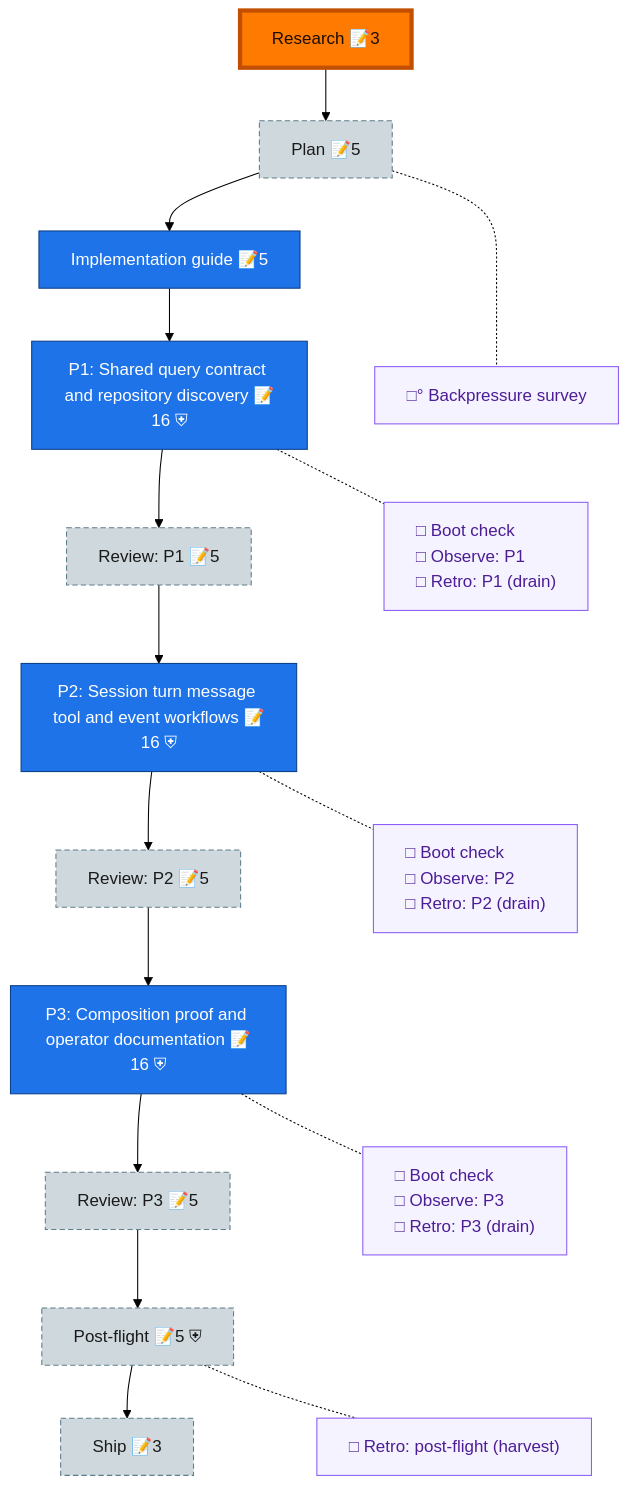
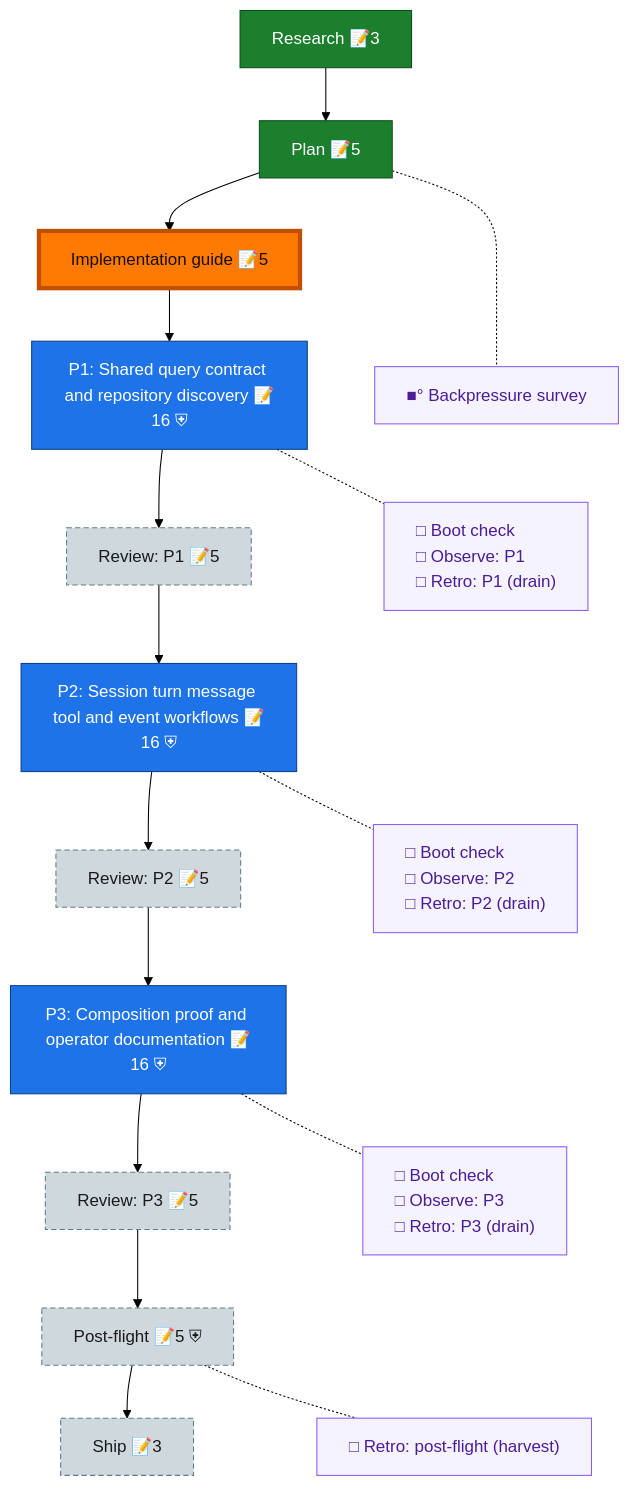
Before and after one commit to AI-Substrate/Unisphere: the diagram in docs/plans/015-session-query-cli/the-flow.md, drawn with Mermaid (forest theme). The commit also changed other lines of this file and 12 other files, not shown here.

````diff
--- a/docs/plans/015-session-query-cli/the-flow.md
+++ b/docs/plans/015-session-query-cli/the-flow.md
@@ -8,39 +8,39 @@
 ```mermaid
 flowchart TD
-    research["Research 📝3"]:::wip
-    plan["Plan 📝5"]:::assumed
+    research["Research 📝3"]:::done
+    plan["Plan 📝5"]:::done
     impl_guide["Implementation guide 📝5"]:::known
     phase_1["P1: Shared query contract and repository discovery 📝16 ⛨"]:::known
     review_1["Review: P1 📝5"]:::assumed
     phase_2["P2: Session turn message tool and event workflows 📝16 ⛨"]:::known
     review_2["Review: P2 📝5"]:::assumed
     phase_3["P3: Composition proof and operator documentation 📝16 ⛨"]:::known
     review_3["Review: P3 📝5"]:::assumed
     post_flight["Post-flight 📝5 ⛨"]:::assumed
     ship["Ship 📝3"]:::assumed
 
     research --> plan --> impl_guide --> phase_1 --> review_1 --> phase_2 --> review_2 --> phase_3 --> review_3 --> post_flight --> ship
 
-    planC["□° Backpressure survey"]:::chore
+    planC["■° Backpressure survey"]:::chore
     phase_1C["□ Boot check<br/>□ Observe: P1<br/>□ Retro: P1 (drain)"]:::chore
     phase_2C["□ Boot check<br/>□ Observe: P2<br/>□ Retro: P2 (drain)"]:::chore
     phase_3C["□ Boot check<br/>□ Observe: P3<br/>□ Retro: P3 (drain)"]:::chore
     post_flightC["□ Retro: post-flight (harvest)"]:::chore
 
     %% invisible chain holds the gutter boxes in their own column
     planC ~~~ phase_1C ~~~ phase_2C ~~~ phase_3C ~~~ post_flightC
 
     %% dotted links pull each gutter box beside its node
     plan -.- planC
     phase_1 -.- phase_1C
     phase_2 -.- phase_2C
     phase_3 -.- phase_3C
     post_flight -.- post_flightC
 
-    classDef wip fill:#43C04A,stroke:#1B7F2E,color:#04210A;
+    classDef done fill:#1B7F2E,stroke:#0F4F1B,color:#fff;
     classDef known fill:#1E73E8,stroke:#0D3F86,color:#fff;
     classDef assumed fill:#CFD8DC,stroke:#607D8B,color:#1a1a1a,stroke-dasharray:5 3;
     classDef chore fill:#f5f3ff,stroke:#8b5cf6,color:#4c1d95,text-align:left;
     classDef current fill:#FF7A00,stroke:#C24E00,color:#1a0e00,stroke-width:4px;
-    class research current;
+    class impl_guide current;
 ```
````
